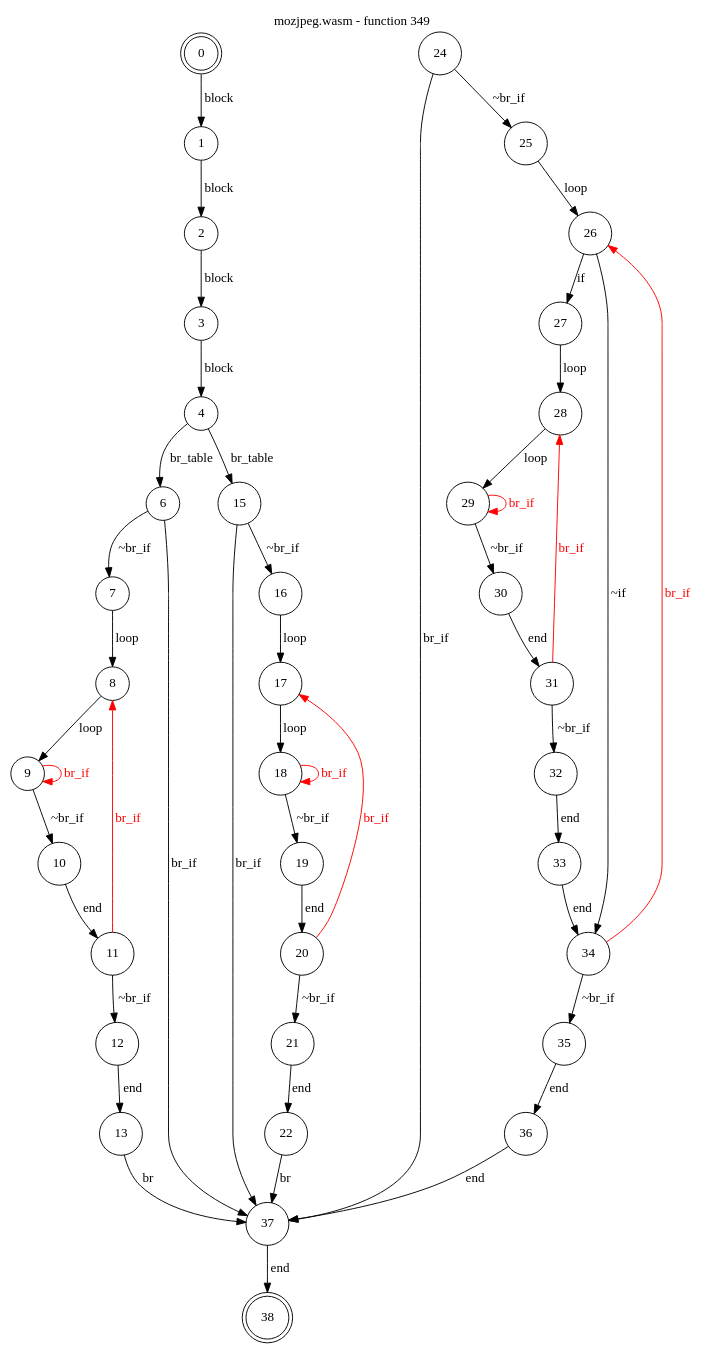
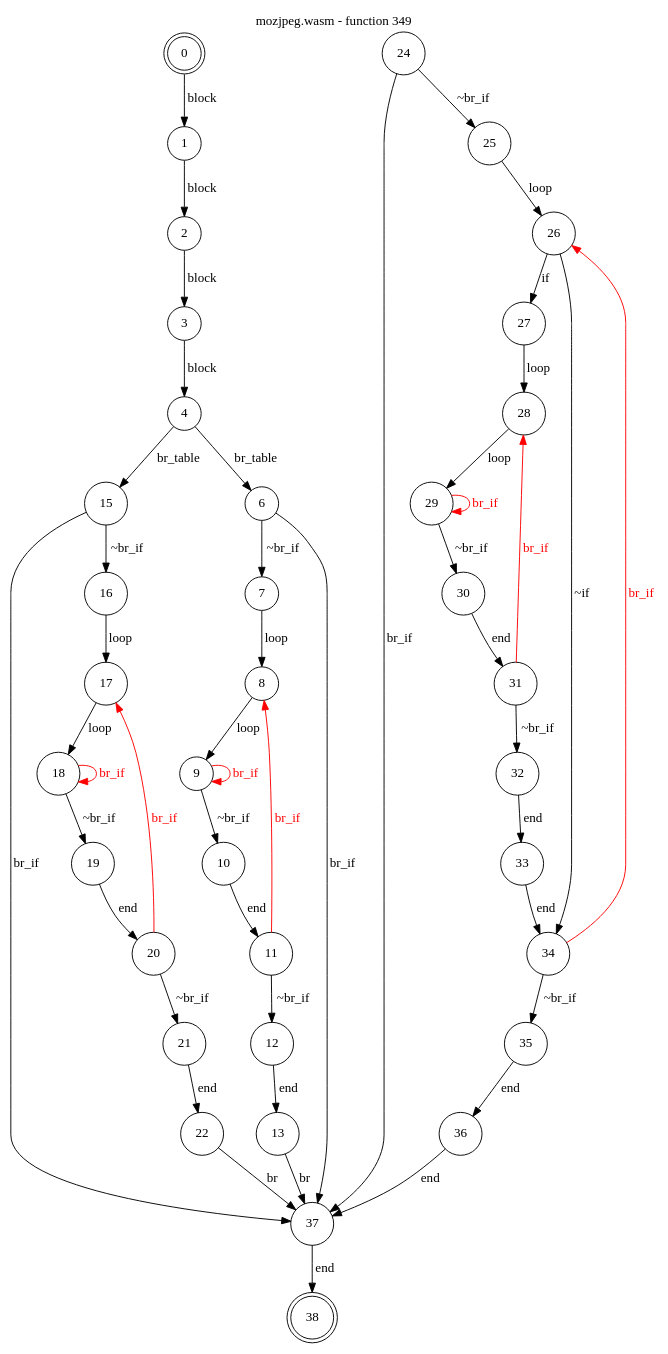
The diagram in test_cases/mozjpeg/funcs/mozjpeg-func349.dot (jsCarleton/wanalyze), drawn with Graphviz before and after one commit. The commit also changed other lines of this file and 81 other files, not shown here.

```diff
--- a/test_cases/mozjpeg/funcs/mozjpeg-func349.dot
+++ b/test_cases/mozjpeg/funcs/mozjpeg-func349.dot
@@ -1,56 +1,56 @@
 digraph finite_state_machine {
     label = "mozjpeg.wasm - function 349"
     labelloc =  t
     labelfontsize = 16
     labelfontcolor = black
     labelfontname = "Helvetica"
     node [shape = doublecircle]; 0 38;
     node [shape = circle];
     0 -> 1[label="block"];
     1 -> 2[label="block"];
     2 -> 3[label="block"];
     3 -> 4[label="block"];
+    4 -> 15[label="br_table"];
     4 -> 6[label="br_table"];
-    4 -> 15[label="br_table"];
     6 -> 7[label="~br_if"];
     6 -> 37[label="br_if"];
     7 -> 8[label="loop"];
     8 -> 9[label="loop"];
     9 -> 10[label="~br_if"];
     9 -> 9[color="red" fontcolor="red" label="br_if"];
     10 -> 11[label="end"];
     11 -> 12[label="~br_if"];
     11 -> 8[color="red" fontcolor="red" label="br_if"];
     12 -> 13[label="end"];
     13 -> 37[label="br"];
     15 -> 16[label="~br_if"];
     15 -> 37[label="br_if"];
     16 -> 17[label="loop"];
     17 -> 18[label="loop"];
     18 -> 19[label="~br_if"];
     18 -> 18[color="red" fontcolor="red" label="br_if"];
     19 -> 20[label="end"];
     20 -> 21[label="~br_if"];
     20 -> 17[color="red" fontcolor="red" label="br_if"];
     21 -> 22[label="end"];
     22 -> 37[label="br"];
     24 -> 25[label="~br_if"];
     24 -> 37[label="br_if"];
     25 -> 26[label="loop"];
     26 -> 27[label="if"];
     26 -> 34[label="~if"];
     27 -> 28[label="loop"];
     28 -> 29[label="loop"];
     29 -> 30[label="~br_if"];
     29 -> 29[color="red" fontcolor="red" label="br_if"];
     30 -> 31[label="end"];
     31 -> 32[label="~br_if"];
     31 -> 28[color="red" fontcolor="red" label="br_if"];
     32 -> 33[label="end"];
     33 -> 34[label="end"];
     34 -> 35[label="~br_if"];
     34 -> 26[color="red" fontcolor="red" label="br_if"];
     35 -> 36[label="end"];
     36 -> 37[label="end"];
     37 -> 38[label="end"];
 }
```
